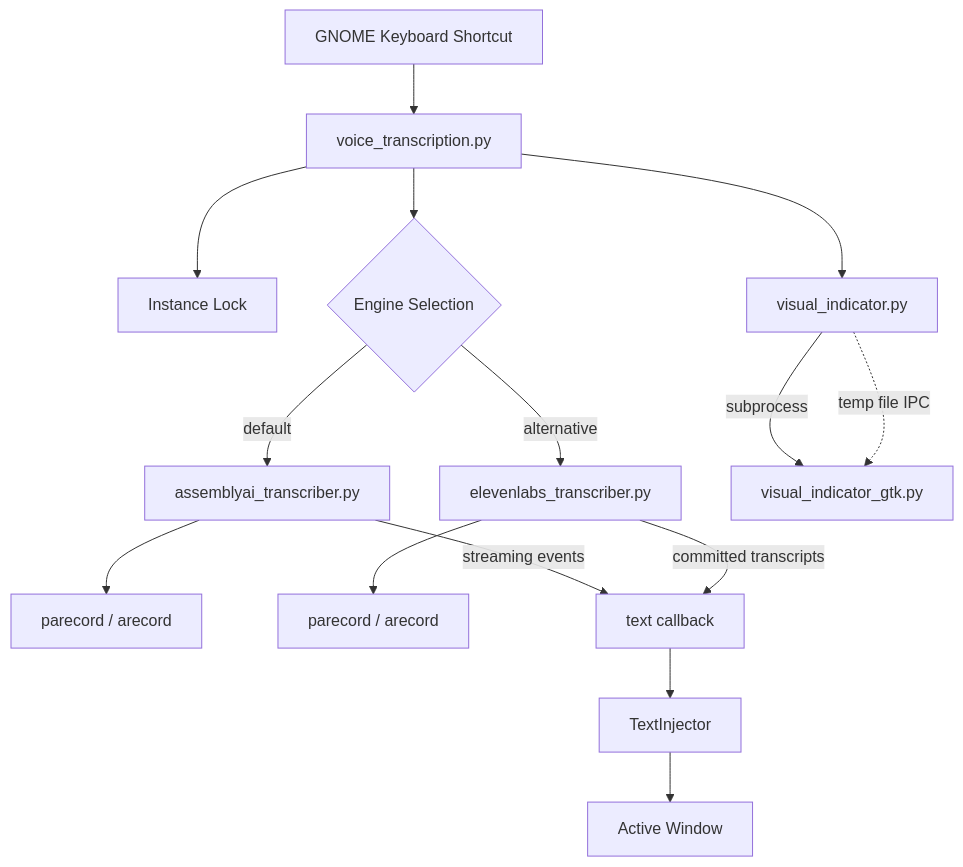
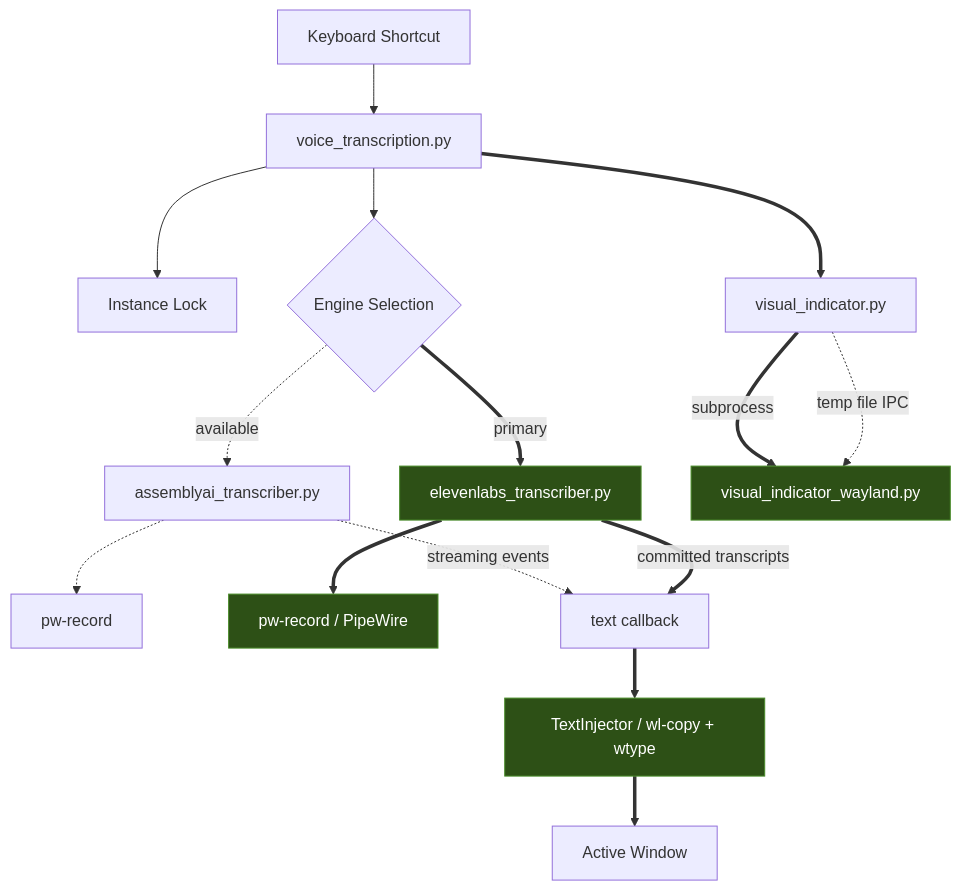
One commit to lttr/realtime-transcript-linux changed the first of 5 diagrams in ARCHITECTURE.md. Above: the diagram before and after it, drawn with Mermaid. The commit also changed other lines of this file and 2 other files, not shown here.

First line of the commit message:
docs: update architecture for current stack, fix AssemblyAI pipeline description

````diff
--- a/ARCHITECTURE.md
+++ b/ARCHITECTURE.md
@@ -7,20 +9,25 @@
 ```mermaid
 graph TD
-    KS[GNOME Keyboard Shortcut] --> VT[voice_transcription.py]
+    KS[Keyboard Shortcut] --> VT[voice_transcription.py]
     VT --> LOCK[Instance Lock]
     VT --> ENGINE{Engine Selection}
-    ENGINE -->|default| AAI[assemblyai_transcriber.py]
-    ENGINE -->|alternative| EL[elevenlabs_transcriber.py]
+    ENGINE -.->|available| AAI[assemblyai_transcriber.py]
+    ENGINE ==>|primary| EL[elevenlabs_transcriber.py]
 
-    AAI --> MIC1[parecord / arecord]
-    EL --> MIC2[parecord / arecord]
+    AAI -.-> MIC1[pw-record]
+    EL ==> MIC2[pw-record / PipeWire]
 
-    AAI -->|streaming events| CB[text callback]
-    EL -->|committed transcripts| CB
-    CB --> TI[TextInjector]
-    TI --> WIN[Active Window]
+    AAI -.->|streaming events| CB[text callback]
+    EL ==>|committed transcripts| CB
+    CB ==> TI[TextInjector / wl-copy + wtype]
+    TI ==> WIN[Active Window]
 
-    VT --> VI[visual_indicator.py]
-    VI -->|subprocess| GTK[visual_indicator_gtk.py]
+    VT ==> VI[visual_indicator.py]
+    VI ==>|subprocess| GTK[visual_indicator_wayland.py]
     VI -.->|temp file IPC| GTK
+
+    style EL fill:#2d5016,stroke:#4a8c2a,color:#fff
+    style MIC2 fill:#2d5016,stroke:#4a8c2a,color:#fff
+    style TI fill:#2d5016,stroke:#4a8c2a,color:#fff
+    style GTK fill:#2d5016,stroke:#4a8c2a,color:#fff
 ```
````
